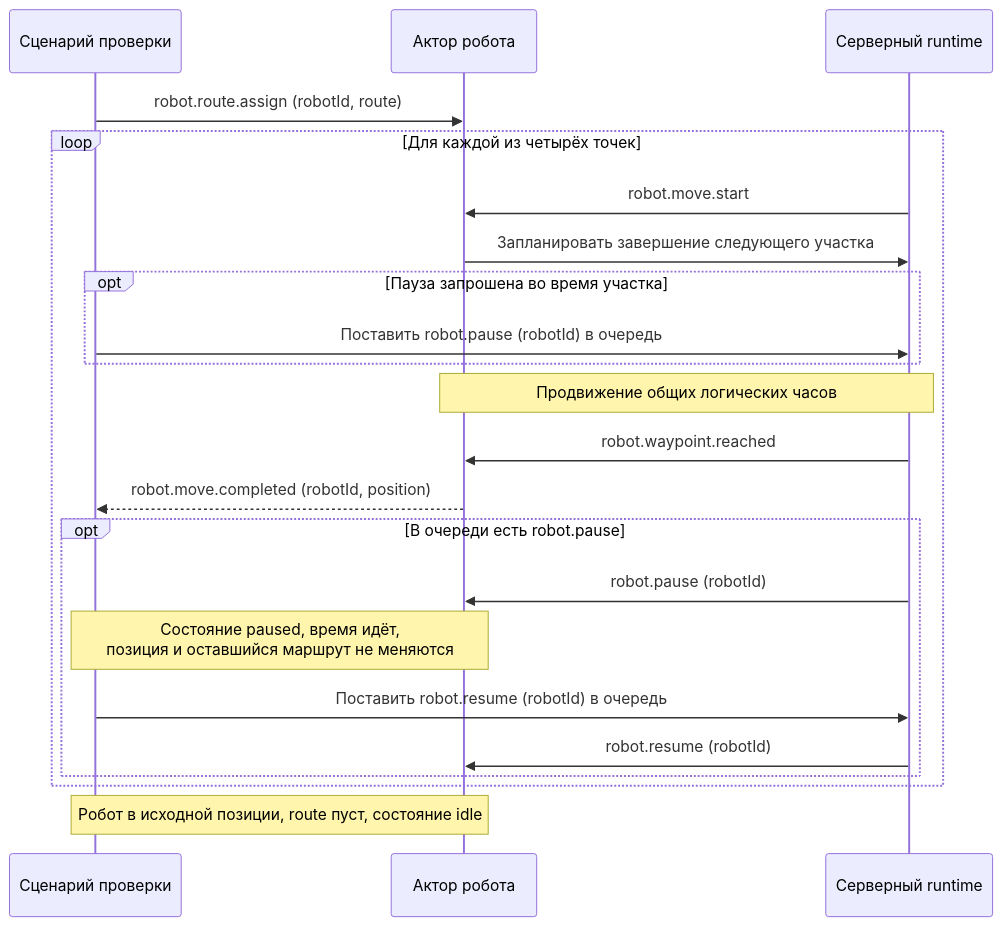
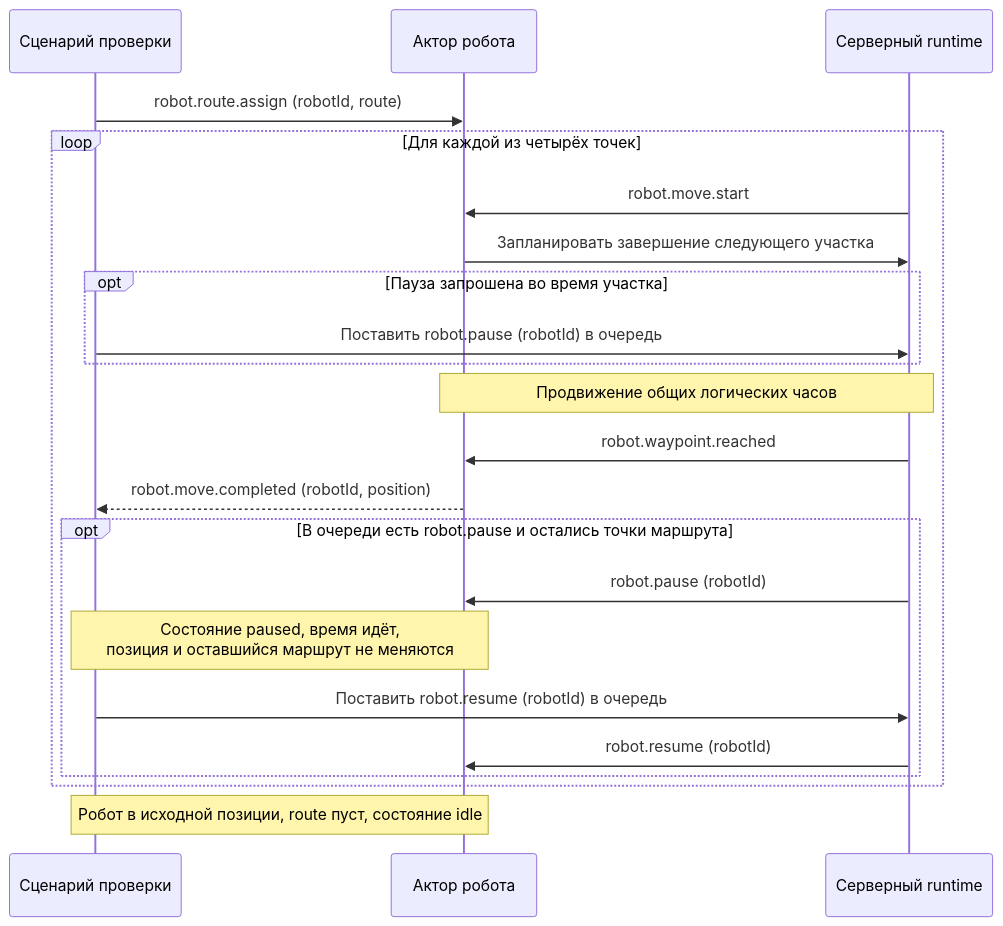
Before and after one commit to atropinskiy/robot_warehouse: the second of 2 diagrams in docs/robot-mvp.md, drawn with Mermaid. The commit also changed other lines of this file, not shown here.

Commit message:
#31 Clarify robot states and commands in the MVP

````diff
--- a/docs/robot-mvp.md
+++ b/docs/robot-mvp.md
@@ -123,25 +128,25 @@
 ```mermaid
 sequenceDiagram
     participant T as Сценарий проверки
     participant R as Актор робота
     participant E as Серверный runtime
 
     T->>R: robot.route.assign (robotId, route)
     loop Для каждой из четырёх точек
         E->>R: robot.move.start
         R->>E: Запланировать завершение следующего участка
         opt Пауза запрошена во время участка
             T->>E: Поставить robot.pause (robotId) в очередь
         end
         Note over R,E: Продвижение общих логических часов
         E->>R: robot.waypoint.reached
         R-->>T: robot.move.completed (robotId, position)
-        opt В очереди есть robot.pause
+        opt В очереди есть robot.pause и остались точки маршрута
             E->>R: robot.pause (robotId)
             Note over T,R: Состояние paused, время идёт,<br/>позиция и оставшийся маршрут не меняются
             T->>E: Поставить robot.resume (robotId) в очередь
             E->>R: robot.resume (robotId)
         end
     end
     Note over T,R: Робот в исходной позиции, route пуст, состояние idle
 ```
````
